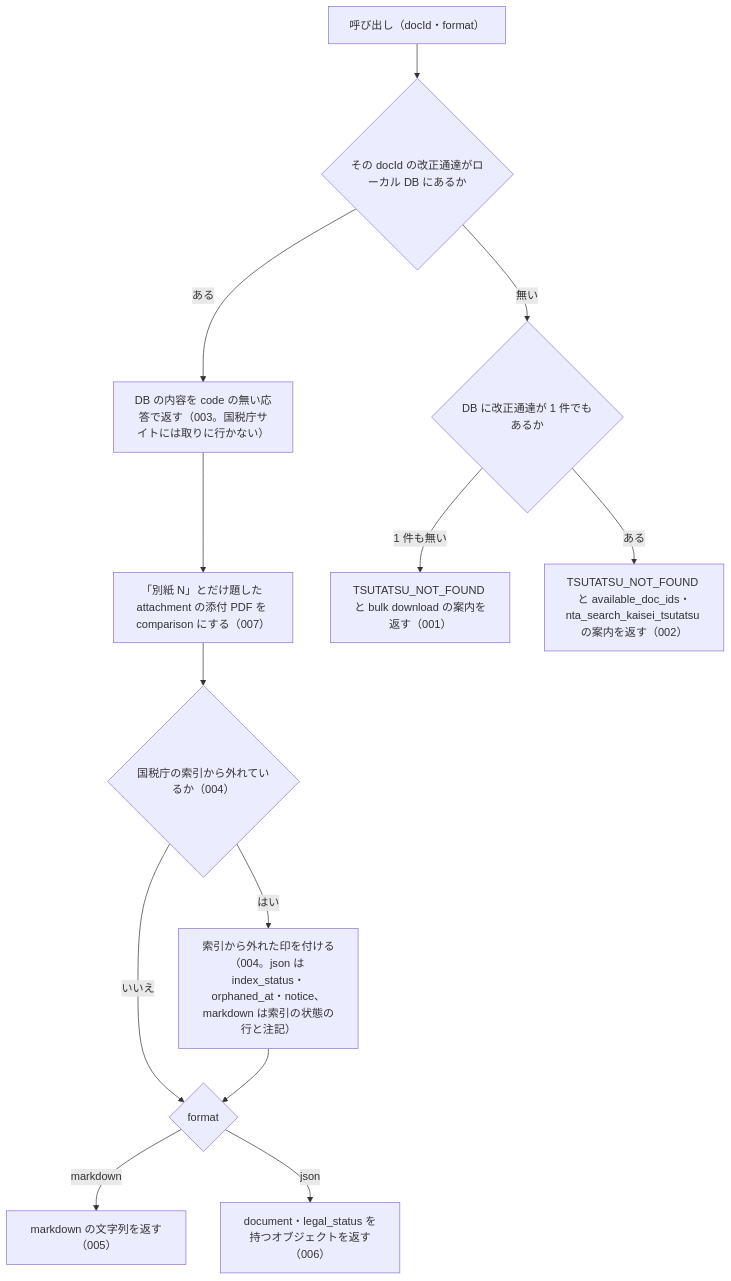
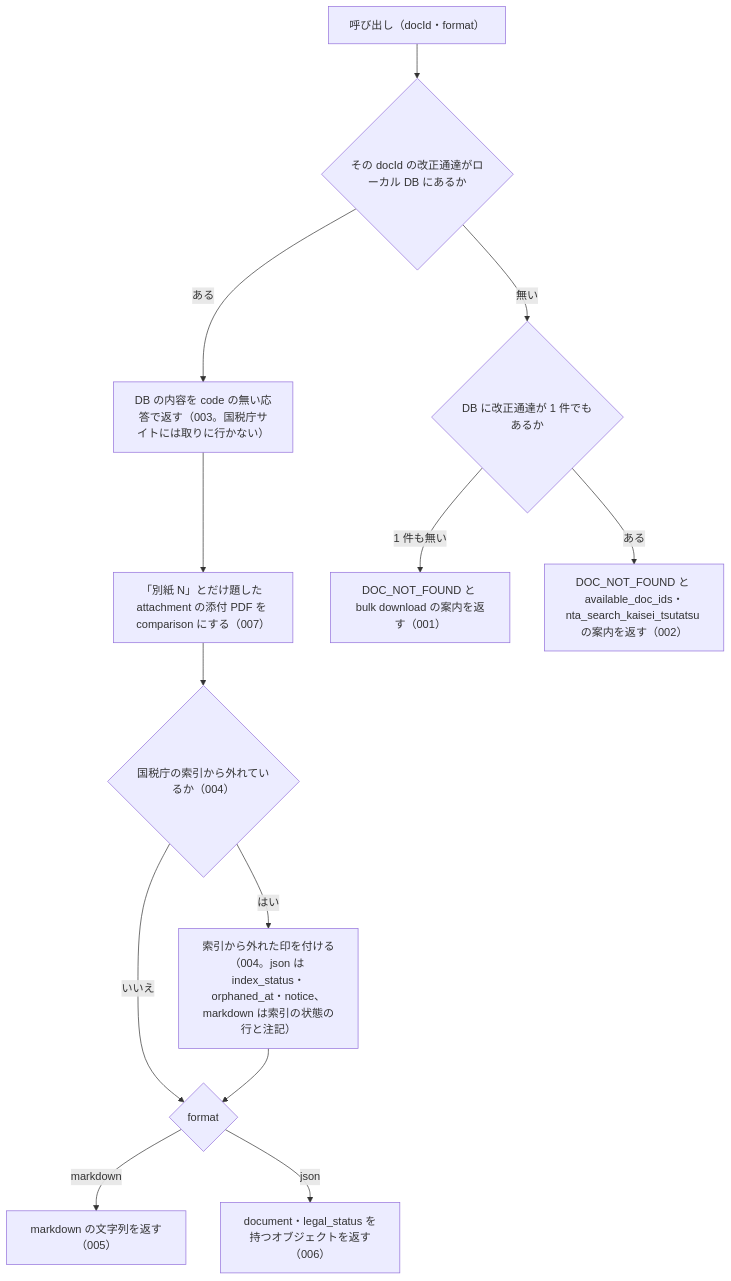
Before and after one commit to shuji-bonji/houki-nta-mcp: the diagram in specs/current/nta_get_kaisei_tsutatsu/spec.md, drawn with Mermaid. The commit also changed other lines of this file and 21 other files, not shown here.

````diff
--- a/specs/current/nta_get_kaisei_tsutatsu/spec.md
+++ b/specs/current/nta_get_kaisei_tsutatsu/spec.md
@@ -26,15 +26,15 @@
 ```mermaid
 flowchart TD
   A["呼び出し（docId・format）"] --> B{"その docId の改正通達がローカル DB にあるか"}
   B -- ある --> C["DB の内容を code の無い応答で返す（003。国税庁サイトには取りに行かない）"]
   C --> K["「別紙 N」とだけ題した attachment の添付 PDF を comparison にする（007）"]
   K --> F{"国税庁の索引から外れているか（004）"}
   F -- はい --> G["索引から外れた印を付ける（004。json は index_status・orphaned_at・notice、markdown は索引の状態の行と注記）"]
   F -- いいえ --> H{"format"}
   G --> H
   H -- markdown --> I["markdown の文字列を返す（005）"]
   H -- json --> J["document・legal_status を持つオブジェクトを返す（006）"]
   B -- 無い --> D{"DB に改正通達が 1 件でもあるか"}
-  D -- 1 件も無い --> E1["TSUTATSU_NOT_FOUND と bulk download の案内を返す（001）"]
-  D -- ある --> E2["TSUTATSU_NOT_FOUND と available_doc_ids・nta_search_kaisei_tsutatsu の案内を返す（002）"]
+  D -- 1 件も無い --> E1["DOC_NOT_FOUND と bulk download の案内を返す（001）"]
+  D -- ある --> E2["DOC_NOT_FOUND と available_doc_ids・nta_search_kaisei_tsutatsu の案内を返す（002）"]
 ```
````
